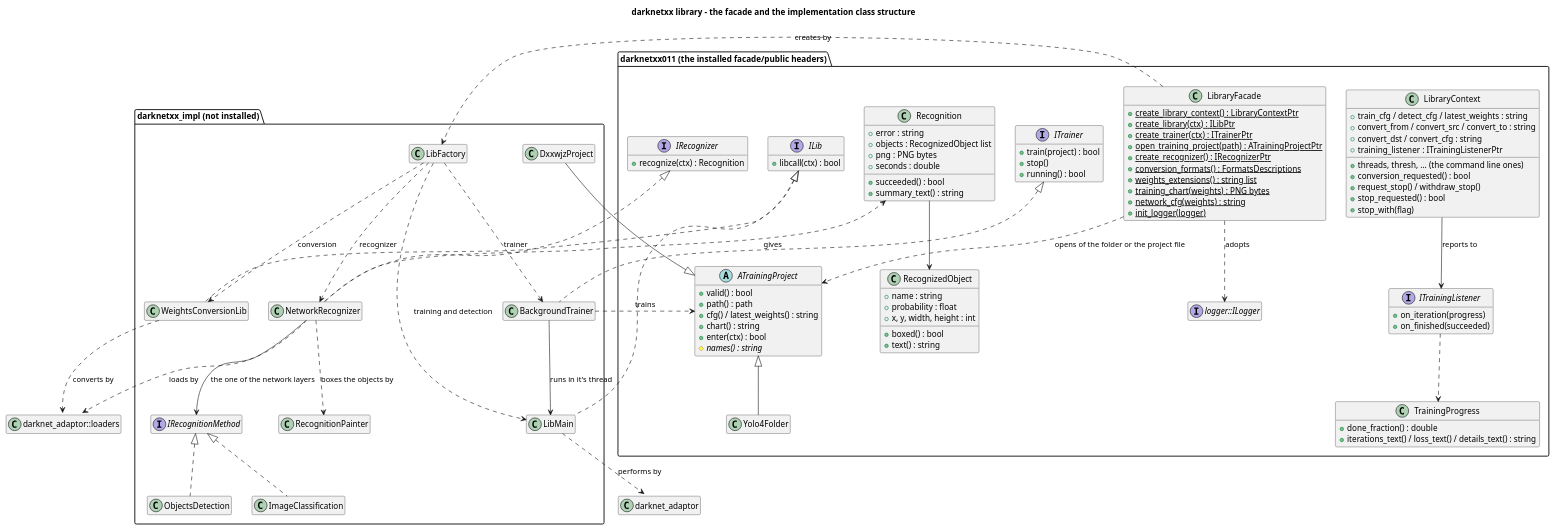
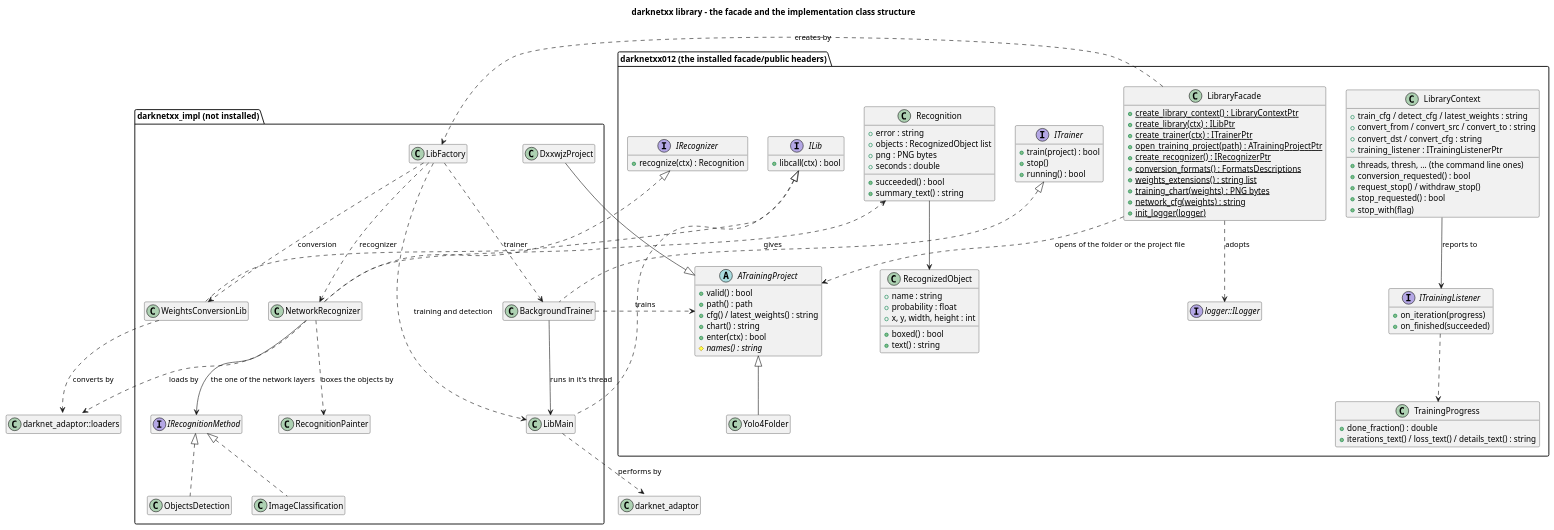
Before and after one commit to yuriysydor1991/darknetxx: the diagram in doc/diagrams/library-classes.puml, drawn with PlantUML. The commit also changed 497 other files, not shown here.

```diff
--- a/doc/diagrams/library-classes.puml
+++ b/doc/diagrams/library-classes.puml
@@ -1,127 +1,127 @@
 @startuml library-classes
 title darknetxx library - the facade and the implementation class structure
 
 skinparam shadowing false
 hide empty members
 
-package "darknetxx011 (the installed facade/public headers)" {
+package "darknetxx012 (the installed facade/public headers)" {
   class LibraryFacade {
     +{static} create_library_context() : LibraryContextPtr
     +{static} create_library(ctx) : ILibPtr
     +{static} create_trainer(ctx) : ITrainerPtr
     +{static} open_training_project(path) : ATrainingProjectPtr
     +{static} create_recognizer() : IRecognizerPtr
     +{static} conversion_formats() : FormatsDescriptions
     +{static} weights_extensions() : string list
     +{static} training_chart(weights) : PNG bytes
     +{static} network_cfg(weights) : string
     +{static} init_logger(logger)
   }
 
   class LibraryContext {
     +train_cfg / detect_cfg / latest_weights : string
     +threads, thresh, ... (the command line ones)
     +convert_from / convert_src / convert_to : string
     +convert_dst / convert_cfg : string
     +training_listener : ITrainingListenerPtr
     +conversion_requested() : bool
     +request_stop() / withdraw_stop()
     +stop_requested() : bool
     +stop_with(flag)
   }
 
   interface ILib {
     +libcall(ctx) : bool
   }
 
   interface ITrainer {
     +train(project) : bool
     +stop()
     +running() : bool
   }
 
   interface ITrainingListener {
     +on_iteration(progress)
     +on_finished(succeeded)
   }
 
   class TrainingProgress {
     +done_fraction() : double
     +iterations_text() / loss_text() / details_text() : string
   }
 
   abstract class ATrainingProject {
     +valid() : bool
     +path() : path
     +cfg() / latest_weights() : string
     +chart() : string
     +enter(ctx) : bool
     #{abstract} names() : string
   }
 
   class Yolo4Folder
 
   interface IRecognizer {
     +recognize(ctx) : Recognition
   }
 
   class Recognition {
     +error : string
     +objects : RecognizedObject list
     +png : PNG bytes
     +seconds : double
     +succeeded() : bool
     +summary_text() : string
   }
 
   class RecognizedObject {
     +name : string
     +probability : float
     +x, y, width, height : int
     +boxed() : bool
     +text() : string
   }
 
   interface "logger::ILogger" as ILogger
 }
 
 package "darknetxx_impl (not installed)" {
   class LibFactory
   class LibMain
   class WeightsConversionLib
   class BackgroundTrainer
   class DxxwjzProject
   class NetworkRecognizer
   interface IRecognitionMethod
   class ObjectsDetection
   class ImageClassification
   class RecognitionPainter
 }
 
 ILib <|.. LibMain
 ILib <|.. WeightsConversionLib
 ITrainer <|.. BackgroundTrainer
 IRecognizer <|.. NetworkRecognizer
 IRecognitionMethod <|.. ObjectsDetection
 IRecognitionMethod <|.. ImageClassification
 LibraryFacade ..> LibFactory : creates by
 LibFactory ..> LibMain : training and detection
 LibFactory ..> WeightsConversionLib : conversion
 LibFactory ..> BackgroundTrainer : trainer
 LibFactory ..> NetworkRecognizer : recognizer
 NetworkRecognizer --> IRecognitionMethod : the one of the network layers
 NetworkRecognizer ..> RecognitionPainter : boxes the objects by
 NetworkRecognizer ..> "darknet_adaptor::loaders::OrigDefaultLoader" : loads by
 NetworkRecognizer ..> Recognition : gives
 Recognition --> RecognizedObject
 BackgroundTrainer --> LibMain : runs in it's thread
 LibMain ..> "darknet_adaptor::DarknetController" : performs by
 WeightsConversionLib ..> "darknet_adaptor::loaders::WeightsConverter" : converts by
 LibraryContext --> ITrainingListener : reports to
 ITrainingListener ..> TrainingProgress
 ATrainingProject <|-- Yolo4Folder
 ATrainingProject <|-- DxxwjzProject
 LibraryFacade ..> ATrainingProject : opens of the folder or the project file
 BackgroundTrainer ..> ATrainingProject : trains
 LibraryFacade ..> ILogger : adopts
 @enduml
```
